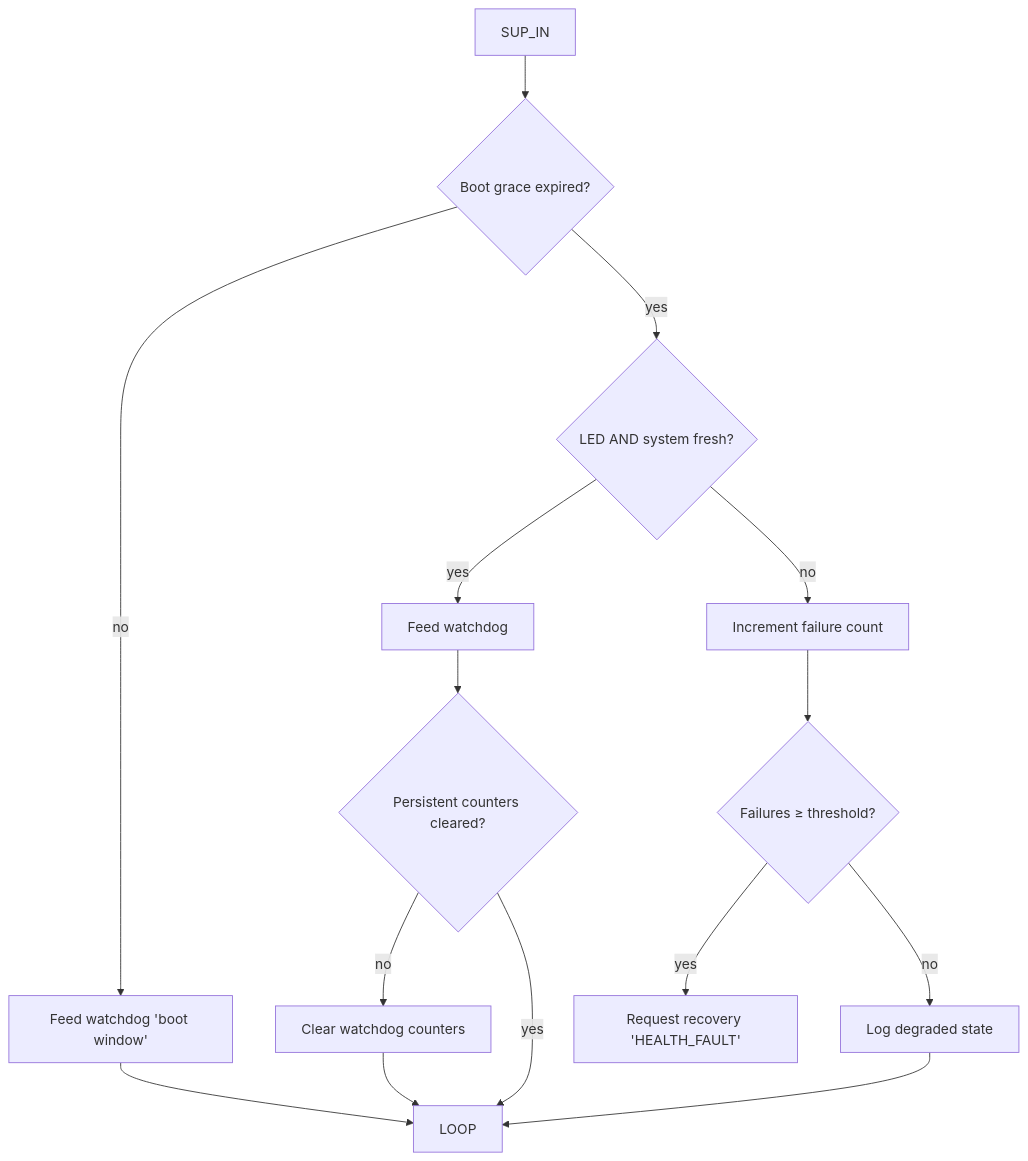
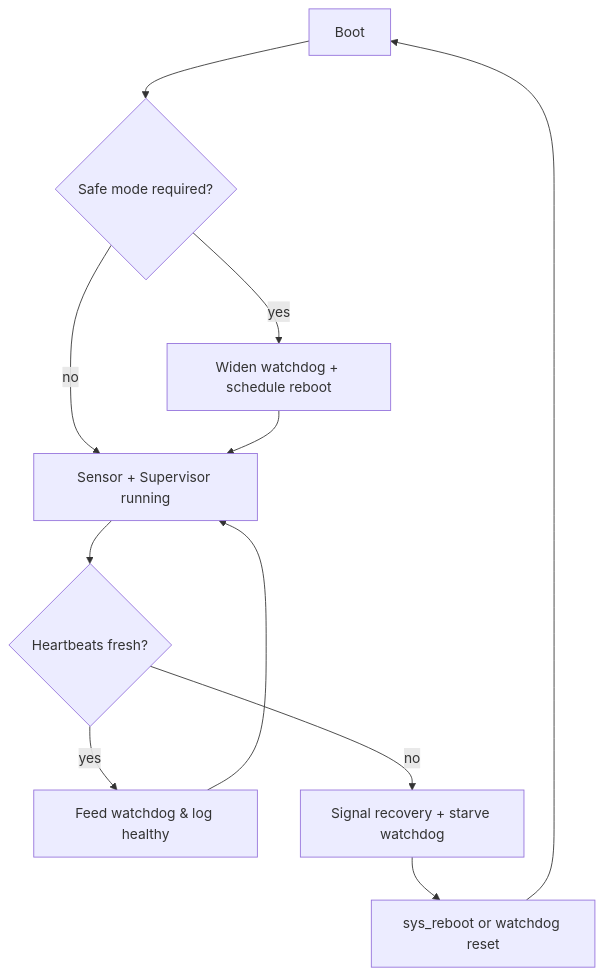
The second of 2 diagrams in README.md (ramirezramiro/zephyr-secure-supervisor), drawn with Mermaid before and after one commit. The commit also changed other lines of this file and 30 other files, not shown here.

````diff
--- a/README.md
+++ b/README.md
@@ -142,16 +172,14 @@
 ```mermaid
+%% System lifecycle state machine
 flowchart TD
-    SUP_IN --> H1{Boot grace expired?}
-    H1 -- no --> H2[Feed watchdog 'boot window'] --> LOOP
-    H1 -- yes --> H3{LED AND system fresh?}
-    H3 -- yes --> H4[Feed watchdog]
-    H3 -- no --> H5[Increment failure count]
-    H5 --> H6{Failures ≥ threshold?}
-    H6 -- yes --> H7[Request recovery 'HEALTH_FAULT']
-    H6 -- no --> H8[Log degraded state]
-    H4 --> H9{Persistent counters cleared?}
-    H9 -- no --> H10[Clear watchdog counters]
-    H9 -- yes --> LOOP
-    H10 --> LOOP
-    H8 --> LOOP
+    Boot[Boot] --> SafeMode{Safe mode required?}
+    SafeMode -- yes --> Degraded[Widen watchdog + schedule reboot]
+    SafeMode -- no --> HealthyLoop[Sensor + Supervisor running]
+    Degraded --> HealthyLoop
+    HealthyLoop --> Fault{Heartbeats fresh?}
+    Fault -- yes --> Feed[Feed watchdog & log healthy]
+    Fault -- no --> Recover[Signal recovery + starve watchdog]
+    Recover --> Reboot[sys_reboot or watchdog reset]
+    Reboot --> Boot
+    Feed --> HealthyLoop
 ```
````
